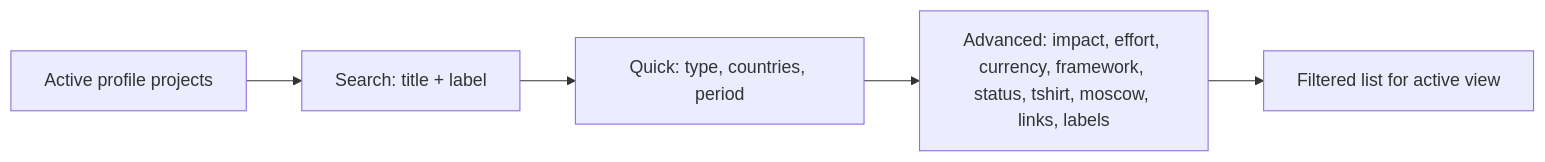
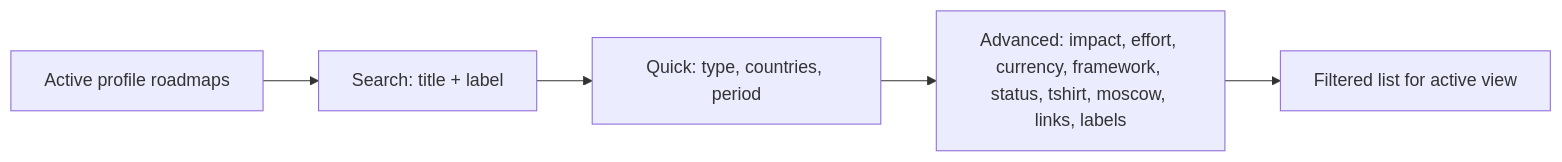
One commit to RifqiMT/pm-prioritization-tool changed the diagram in docs/PRODUCT_DOCUMENTATION.md. Above: the diagram before and after it, drawn with Mermaid. The commit also changed other lines of this file and 59 other files, not shown here.

First line of the commit message:
feat(ui193): rename Project→Roadmap, add KANO portfolio view, and full docs sync

````diff
--- a/docs/PRODUCT_DOCUMENTATION.md
+++ b/docs/PRODUCT_DOCUMENTATION.md
@@ -153,7 +156,7 @@
 ```mermaid
 flowchart LR
-  ALL[Active profile projects] --> F1[Search: title + label]
+  ALL[Active profile roadmaps] --> F1[Search: title + label]
   F1 --> F2[Quick: type, countries, period]
   F2 --> F3[Advanced: impact, effort, currency, framework, status, tshirt, moscow, links, labels]
   F3 --> OUT[Filtered list for active view]
 ```
````
